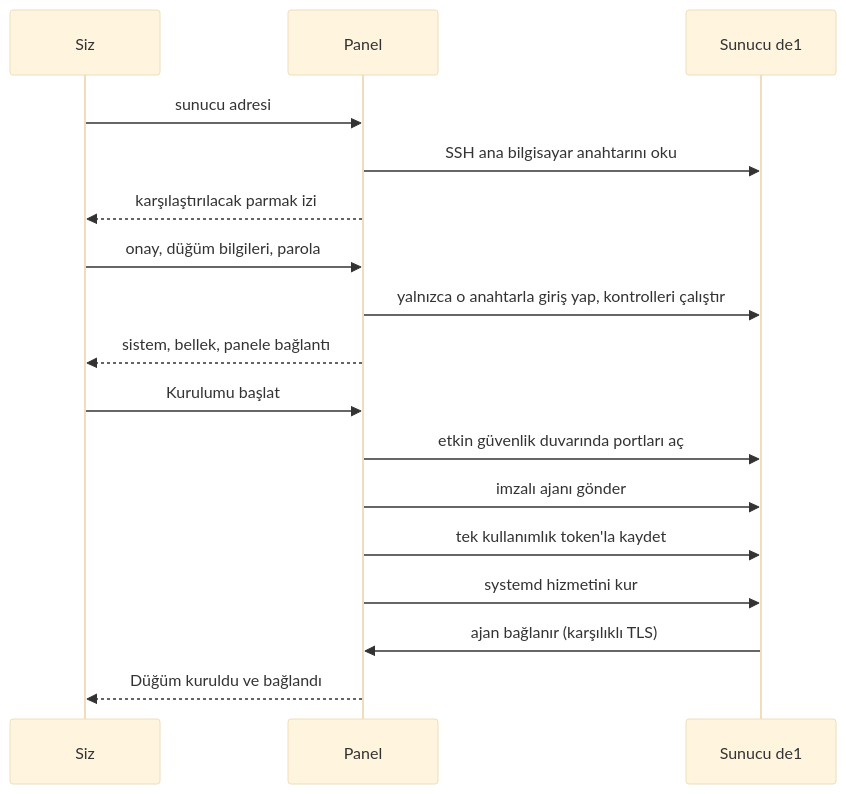
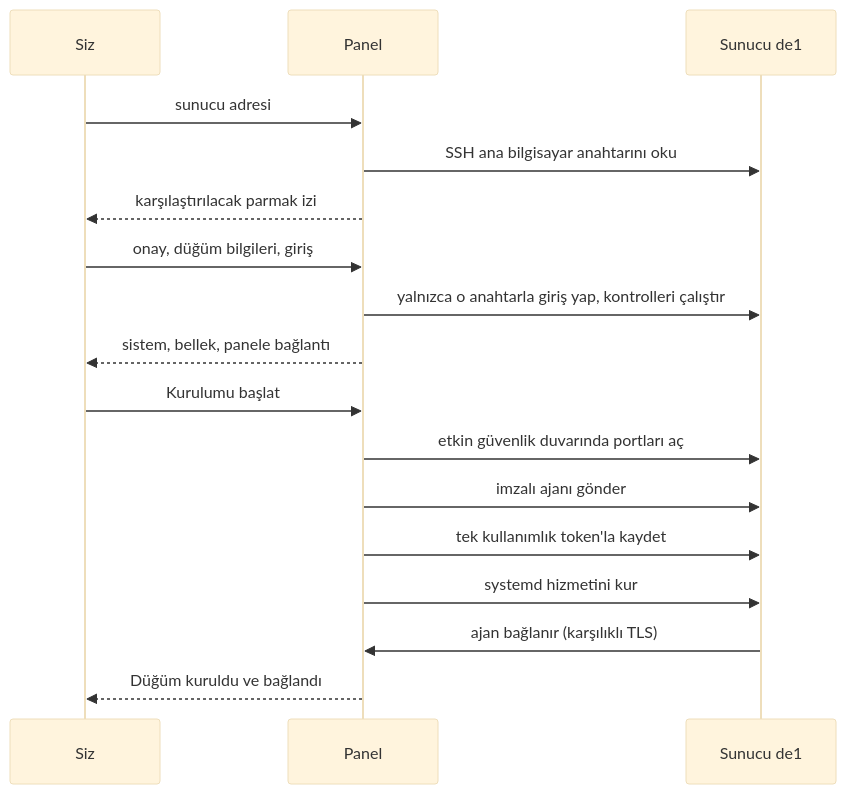
One commit to Mistgate/mistgate changed the diagram in docs/tr/getting-started/ssh-install.md. Above: the diagram before and after it, drawn with Mermaid (base theme). The commit also changed other lines of this file and 31 other files, not shown here.

````diff
--- a/docs/tr/getting-started/ssh-install.md
+++ b/docs/tr/getting-started/ssh-install.md
@@ -24,21 +24,21 @@
 ```mermaid
 sequenceDiagram
   accTitle: SSH ile düğüm kurulumu
   accDescr: Siz sunucunun adresini verir ve ana bilgisayar anahtarını onaylarsınız; panel yalnızca o anahtarla giriş yapar, sunucuyu kontrol eder, portları açar, imzalı ajanı gönderir, tek kullanımlık bir token'la kaydeder, hizmeti kurar ve ajanın bağlanmasını bekler.
   participant Y as Siz
   participant P as Panel
   participant S as Sunucu de1
   Y->>P: sunucu adresi
   P->>S: SSH ana bilgisayar anahtarını oku
   P-->>Y: karşılaştırılacak parmak izi
-  Y->>P: onay, düğüm bilgileri, parola
+  Y->>P: onay, düğüm bilgileri, giriş
   P->>S: yalnızca o anahtarla giriş yap, kontrolleri çalıştır
   P-->>Y: sistem, bellek, panele bağlantı
   Y->>P: Kurulumu başlat
   P->>S: etkin güvenlik duvarında portları aç
   P->>S: imzalı ajanı gönder
   P->>S: tek kullanımlık token'la kaydet
   P->>S: systemd hizmetini kur
   S->>P: ajan bağlanır (karşılıklı TLS)
   P-->>Y: Düğüm kuruldu ve bağlandı
 ```
````
